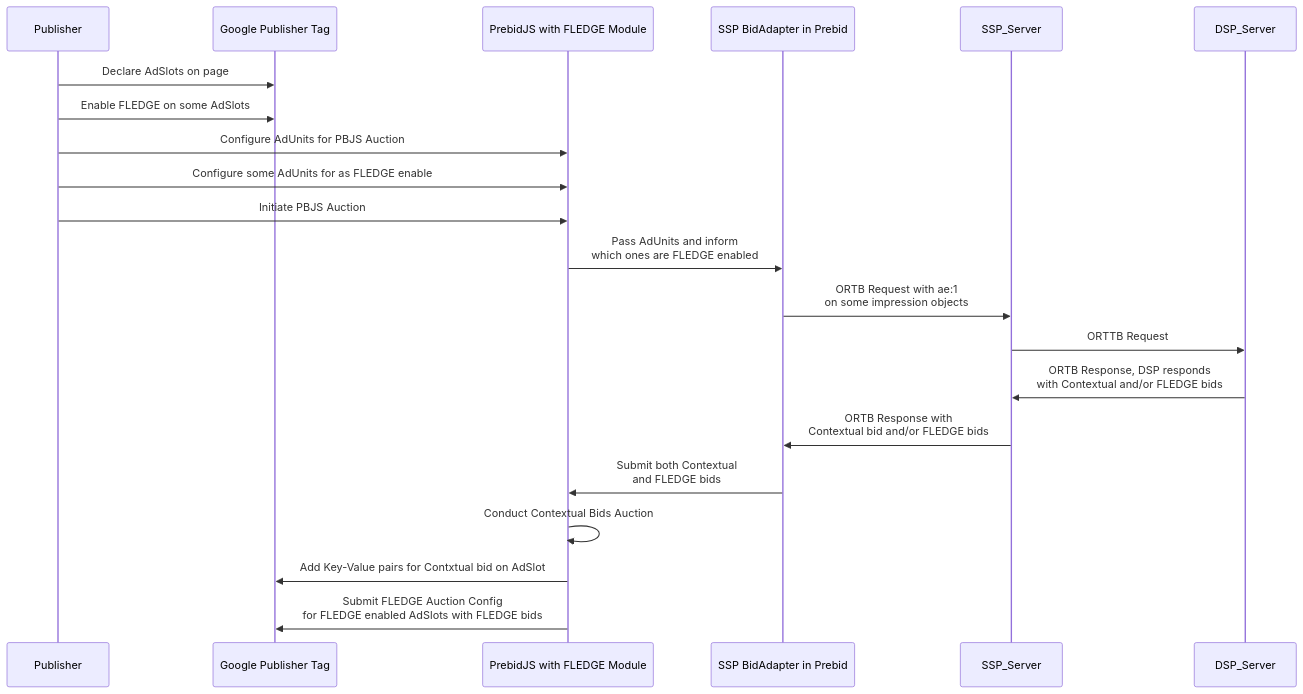
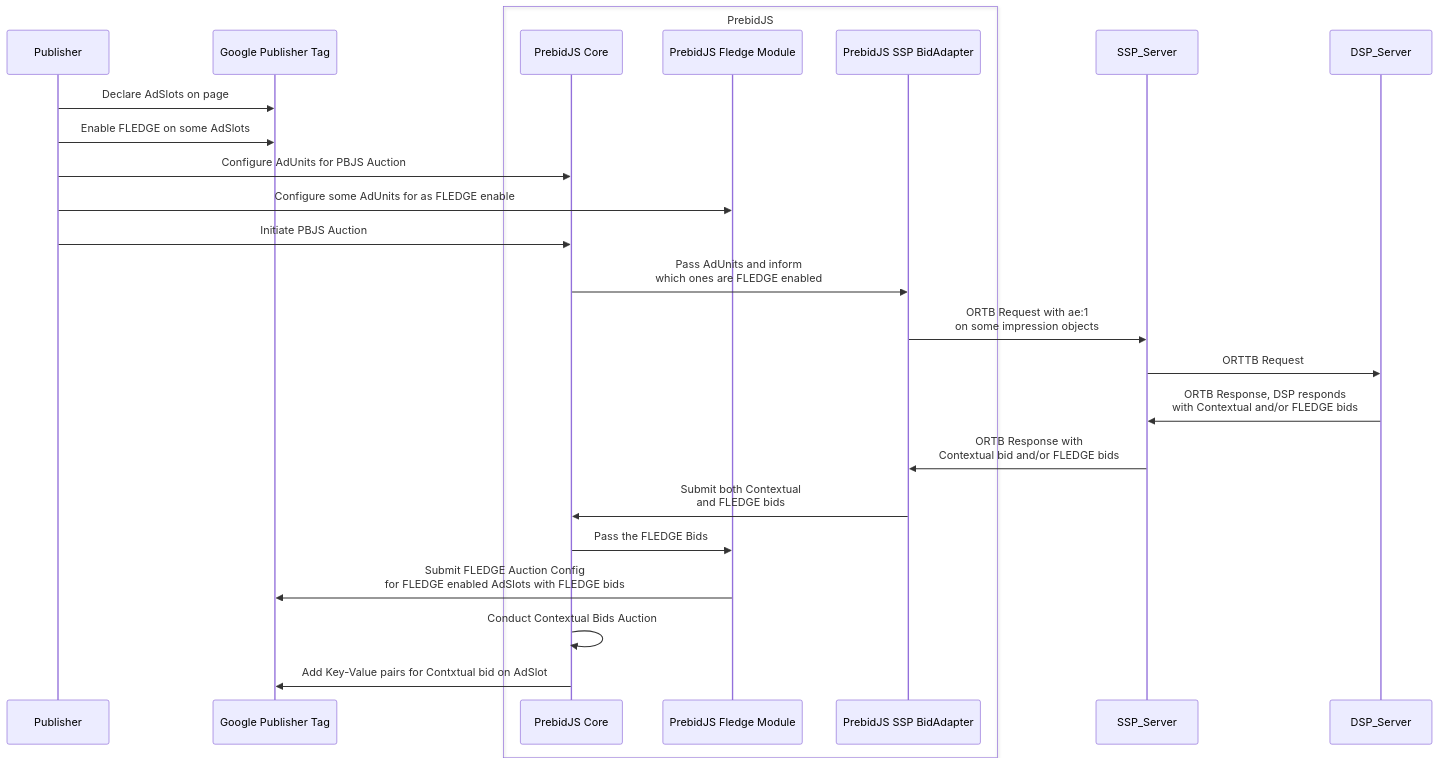
Before and after one commit to pm-harshad-mane/Diagrams: the diagram in FLEDGE.md, drawn with Mermaid.

````diff
--- a/FLEDGE.md
+++ b/FLEDGE.md
@@ -3,28 +3,33 @@
 ```mermaid
 sequenceDiagram
     participant Pub as Publisher
     participant GPT as Google Publisher Tag
-    participant PBJS as PrebidJS with FLEDGE Module
-    participant SSP_PBJS as SSP BidAdapter in Prebid
+    box PrebidJS
+    participant PBJS as PrebidJS Core
+    participant PBJS_FLEDGE as PrebidJS Fledge Module
+    participant SSP_PBJS as PrebidJS SSP BidAdapter
+    end
     participant SSP_Server
     participant DSP_Server
 
     Pub->>GPT: Declare AdSlots on page
     Pub->>GPT: Enable FLEDGE on some AdSlots
     Pub->>PBJS: Configure AdUnits for PBJS Auction
-    Pub->>PBJS: Configure some AdUnits for as FLEDGE enable
+    Pub->>PBJS_FLEDGE: Configure some AdUnits for as FLEDGE enable
     Pub->>PBJS: Initiate PBJS Auction
     PBJS->>SSP_PBJS: Pass AdUnits and inform <br/> which ones are FLEDGE enabled
     SSP_PBJS->>SSP_Server: ORTB Request with ae:1 <br/>  on some impression objects
     SSP_Server->>DSP_Server: ORTTB Request
     DSP_Server->>SSP_Server: ORTB Response, DSP responds <br/> with Contextual and/or FLEDGE bids
     SSP_Server->>SSP_PBJS: ORTB Response with <br/> Contextual bid and/or FLEDGE bids
     SSP_PBJS->>PBJS: Submit both Contextual <br/> and FLEDGE bids
+    PBJS->>PBJS_FLEDGE: Pass the FLEDGE Bids
+    PBJS_FLEDGE->>GPT: Submit FLEDGE Auction Config <br/> for FLEDGE enabled AdSlots with FLEDGE bids
     PBJS->>PBJS: Conduct Contextual Bids Auction
     PBJS->>GPT: Add Key-Value pairs for Contxtual bid on AdSlot
-    PBJS->>GPT: Submit FLEDGE Auction Config <br/> for FLEDGE enabled AdSlots with FLEDGE bids
+
     
     
 
     
 ```
````
